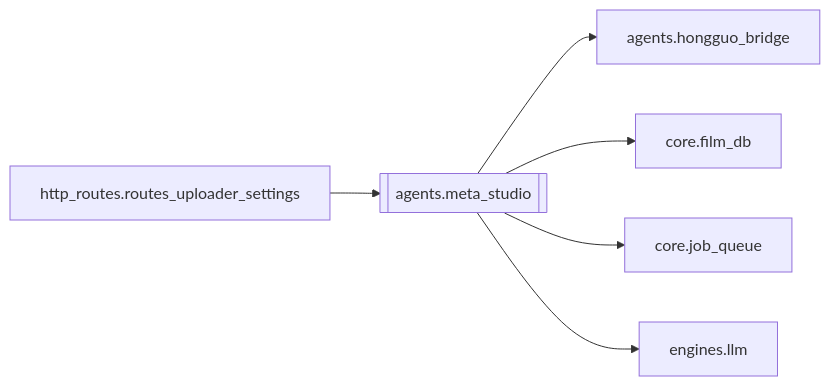
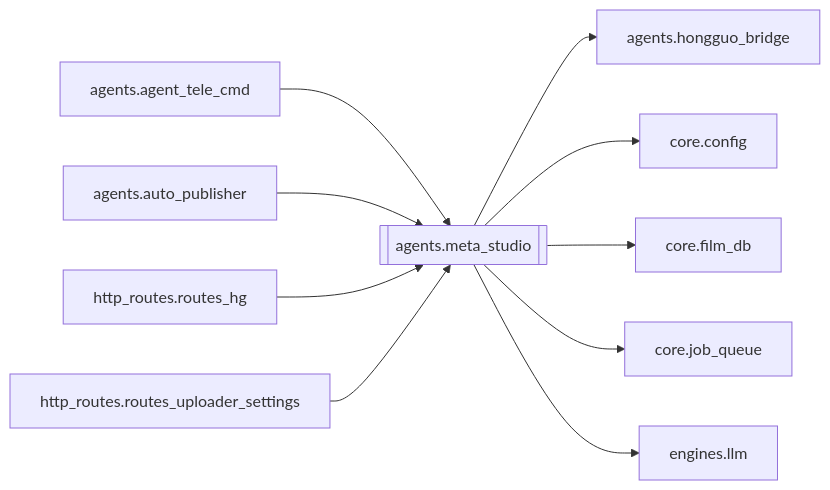
The diagram in docs/brain/modules/agents.meta_studio.md (kjza178/PinelineV5), drawn with Mermaid before and after one commit. The commit also changed other lines of this file and 227 other files, not shown here.

````diff
--- a/docs/brain/modules/agents.meta_studio.md
+++ b/docs/brain/modules/agents.meta_studio.md
@@ -18,9 +17,13 @@
 ```mermaid
 flowchart LR
   agents_meta_studio[[agents.meta_studio]]
+  agents_agent_tele_cmd[agents.agent_tele_cmd] --> agents_meta_studio
+  agents_auto_publisher[agents.auto_publisher] --> agents_meta_studio
+  http_routes_routes_hg[http_routes.routes_hg] --> agents_meta_studio
   http_routes_routes_uploader_settings[http_routes.routes_uploader_settings] --> agents_meta_studio
   agents_meta_studio --> agents_hongguo_bridge[agents.hongguo_bridge]
+  agents_meta_studio --> core_config[core.config]
   agents_meta_studio --> core_film_db[core.film_db]
   agents_meta_studio --> core_job_queue[core.job_queue]
   agents_meta_studio --> engines_llm[engines.llm]
 ```
````
